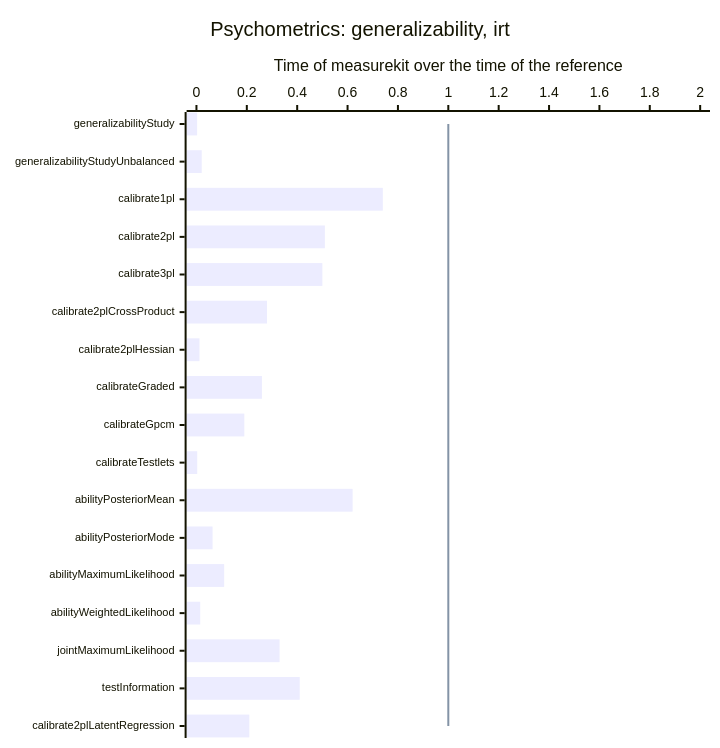
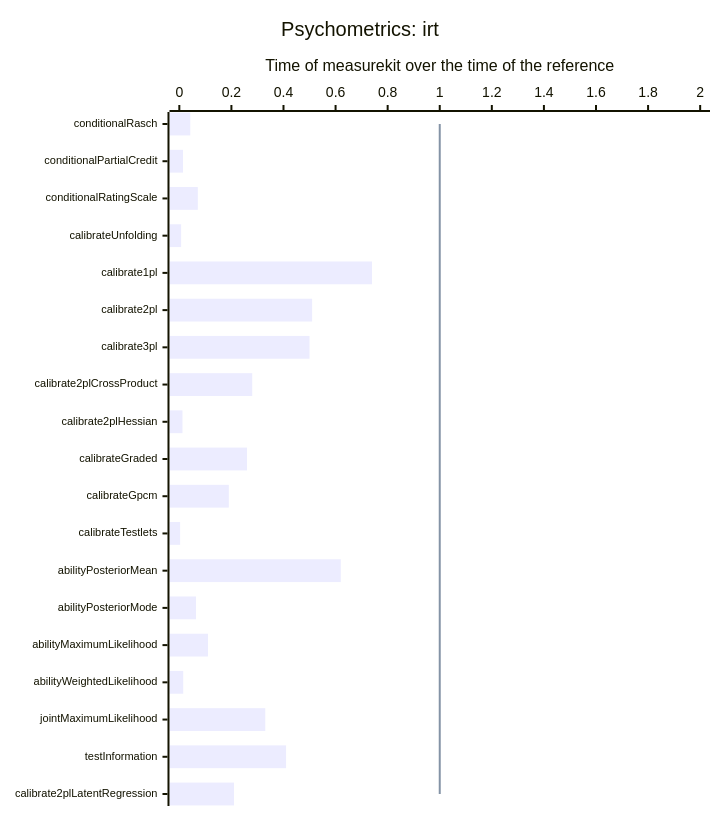
The eighth of 13 diagrams in docs/performance.md (measurekit/measurekit), drawn with Mermaid before and after one commit. The commit also changed other lines of this file and 4 other files, not shown here.

````diff
--- a/docs/performance.md
+++ b/docs/performance.md
@@ -73,9 +83,9 @@
 ```mermaid
-%%{init: {"xyChart": {"height": 728, "xAxis": {"labelFontSize": 11}}}}%%
+%%{init: {"xyChart": {"height": 796, "xAxis": {"labelFontSize": 11}}}}%%
 xychart-beta horizontal
-  title "Psychometrics: generalizability, irt"
-  x-axis ["generalizabilityStudy", "generalizabilityStudyUnbalanced", "calibrate1pl", "calibrate2pl", "calibrate3pl", "calibrate2plCrossProduct", "calibrate2plHessian", "calibrateGraded", "calibrateGpcm", "calibrateTestlets", "abilityPosteriorMean", "abilityPosteriorMode", "abilityMaximumLikelihood", "abilityWeightedLikelihood", "jointMaximumLikelihood", "testInformation", "calibrate2plLatentRegression"]
+  title "Psychometrics: irt"
+  x-axis ["conditionalRasch", "conditionalPartialCredit", "conditionalRatingScale", "calibrateUnfolding", "calibrate1pl", "calibrate2pl", "calibrate3pl", "calibrate2plCrossProduct", "calibrate2plHessian", "calibrateGraded", "calibrateGpcm", "calibrateTestlets", "abilityPosteriorMean", "abilityPosteriorMode", "abilityMaximumLikelihood", "abilityWeightedLikelihood", "jointMaximumLikelihood", "testInformation", "calibrate2plLatentRegression"]
   y-axis "Time of measurekit over the time of the reference" 0 --> 2
-  bar [0.0026, 0.021, 0.74, 0.51, 0.5, 0.28, 0.012, 0.26, 0.19, 0.0031, 0.62, 0.064, 0.11, 0.015, 0.33, 0.41, 0.21]
-  line [1, 1, 1, 1, 1, 1, 1, 1, 1, 1, 1, 1, 1, 1, 1, 1, 1]
+  bar [0.042, 0.014, 0.071, 0.007, 0.74, 0.51, 0.5, 0.28, 0.012, 0.26, 0.19, 0.0031, 0.62, 0.064, 0.11, 0.015, 0.33, 0.41, 0.21]
+  line [1, 1, 1, 1, 1, 1, 1, 1, 1, 1, 1, 1, 1, 1, 1, 1, 1, 1, 1]
 ```
````
